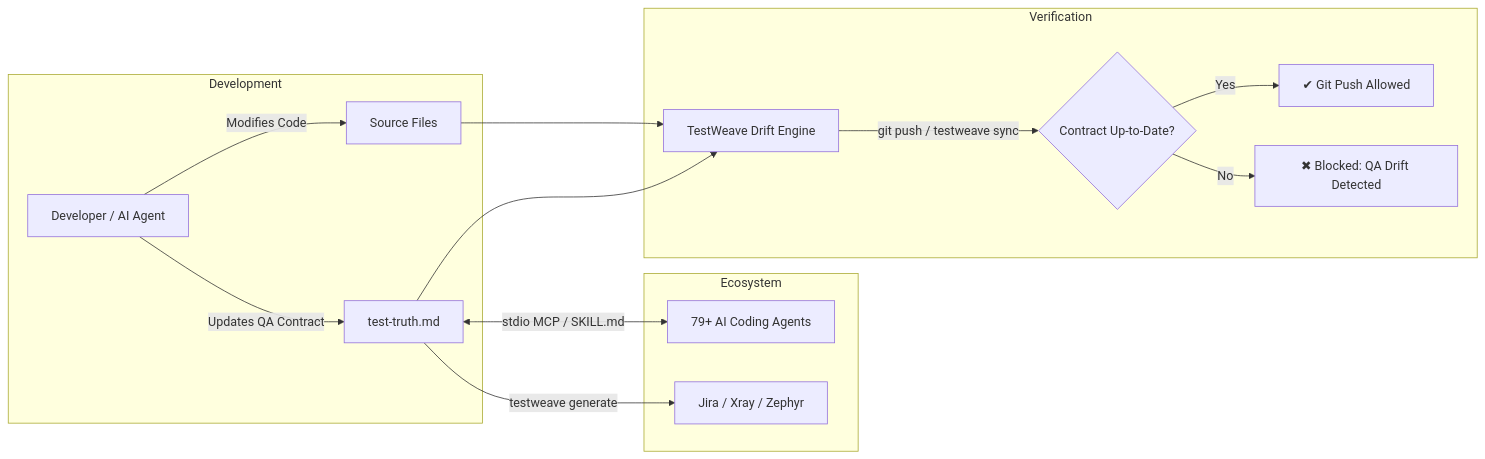
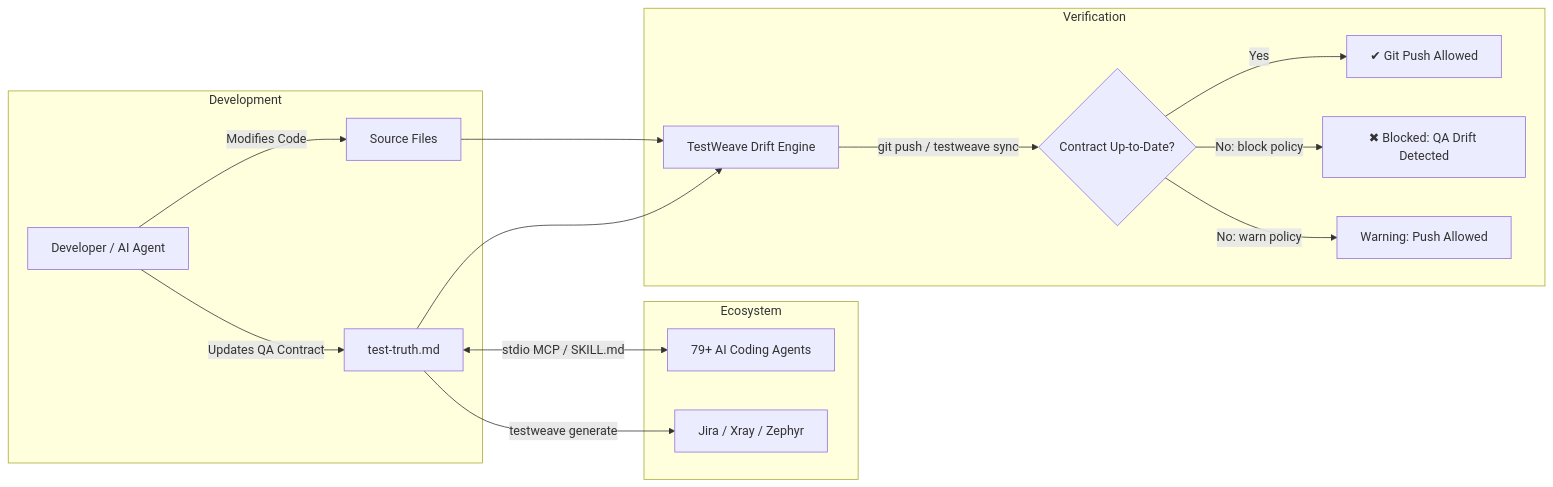
One commit to AlexisRellon/TestWeave changed the diagram in README.md. Above: the diagram before and after it, drawn with Mermaid. The commit also changed other lines of this file and 29 other files, not shown here.

````diff
--- a/README.md
+++ b/README.md
@@ -29,20 +34,21 @@
 ```mermaid
 flowchart LR
     subgraph Development
         Dev[Developer / AI Agent] -->|Modifies Code| Code[Source Files]
         Dev -->|Updates QA Contract| Contract[test-truth.md]
     end
 
     subgraph Verification
         Code --> Drift[TestWeave Drift Engine]
         Contract --> Drift
         Drift -->|git push / testweave sync| Gate{Contract Up-to-Date?}
         Gate -->|Yes| Push[✔ Git Push Allowed]
-        Gate -->|No| Block[✖ Blocked: QA Drift Detected]
+        Gate -->|No: block policy| Block[✖ Blocked: QA Drift Detected]
+        Gate -->|No: warn policy| Warn[Warning: Push Allowed]
     end
 
     subgraph Ecosystem
         Contract <-->|stdio MCP / SKILL.md| Agents[79+ AI Coding Agents]
         Contract -->|testweave generate| Exports[Jira / Xray / Zephyr]
     end
 ```
````
